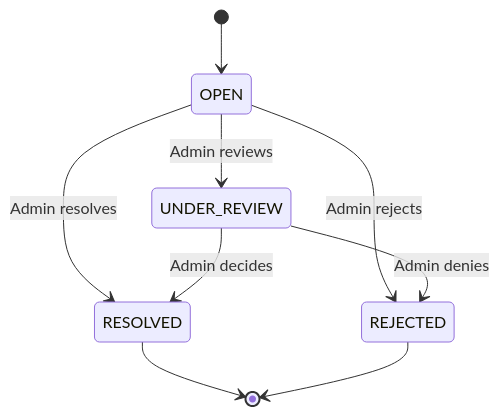
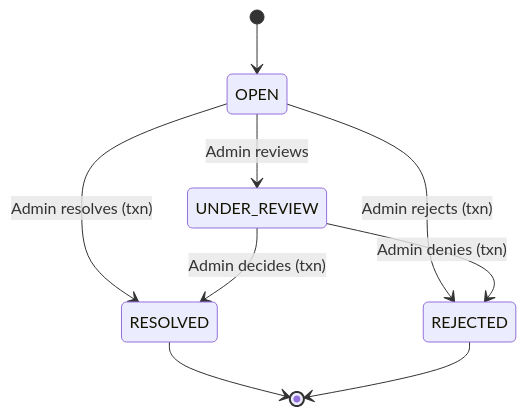
The seventh of 8 diagrams in documents/02-architecture/03-domain-model-and-state-machines.md (zun3007/Manga-Creation-Workflow-and-Publishing-Management-System), drawn with Mermaid before and after one commit. The commit also changed other lines of this file and 20 other files, not shown here.

First line of the commit message:
docs: sync all documentation to current code + fix 11 diagram render bugs

````diff
--- a/documents/02-architecture/03-domain-model-and-state-machines.md
+++ b/documents/02-architecture/03-domain-model-and-state-machines.md
@@ -293,11 +295,11 @@
 ```mermaid
 stateDiagram-v2
     [*] --> OPEN
     OPEN --> UNDER_REVIEW: Admin reviews
-    OPEN --> RESOLVED: Admin resolves
-    OPEN --> REJECTED: Admin rejects
-    UNDER_REVIEW --> RESOLVED: Admin decides
-    UNDER_REVIEW --> REJECTED: Admin denies
+    OPEN --> RESOLVED: Admin resolves (txn)
+    OPEN --> REJECTED: Admin rejects (txn)
+    UNDER_REVIEW --> RESOLVED: Admin decides (txn)
+    UNDER_REVIEW --> REJECTED: Admin denies (txn)
     RESOLVED --> [*]
     REJECTED --> [*]
 ```
````
